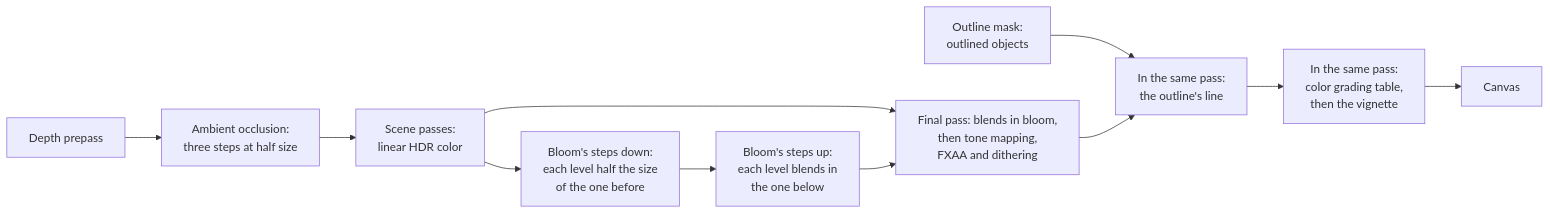
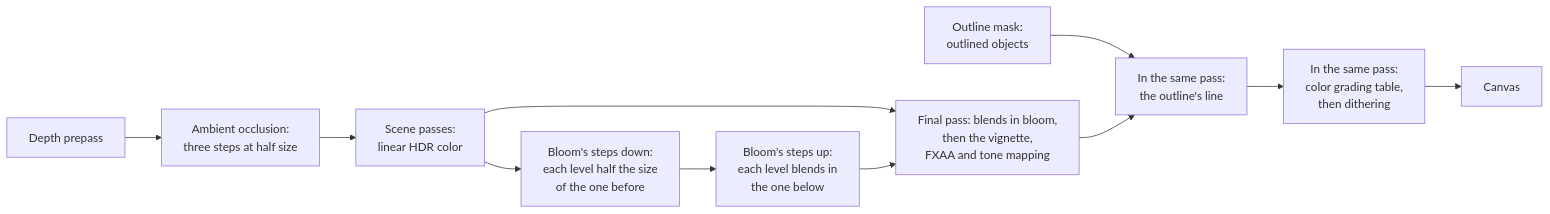
The diagram in docs/concepts/post-processing.md (null3d-engine/null3d), drawn with Mermaid before and after one commit. The commit also changed other lines of this file and 101 other files, not shown here.

````diff
--- a/docs/concepts/post-processing.md
+++ b/docs/concepts/post-processing.md
@@ -13,13 +13,13 @@
 ```mermaid
 flowchart LR
     prepass["Depth prepass"] --> ao["Ambient occlusion:<br/>three steps at half size"]
     ao --> scene
     scene["Scene passes:<br/>linear HDR color"] --> down["Bloom's steps down:<br/>each level half the size<br/>of the one before"]
     down --> up["Bloom's steps up:<br/>each level blends in<br/>the one below"]
-    scene --> final["Final pass: blends in bloom,<br/>then tone mapping,<br/>FXAA and dithering"]
+    scene --> final["Final pass: blends in bloom,<br/>then the vignette,<br/>FXAA and tone mapping"]
     up --> final
     mask["Outline mask:<br/>outlined objects"] --> line
     final --> line["In the same pass:<br/>the outline's line"]
-    line --> grade["In the same pass:<br/>color grading table,<br/>then the vignette"]
+    line --> grade["In the same pass:<br/>color grading table,<br/>then dithering"]
     grade --> canvas["Canvas"]
 ```
````
